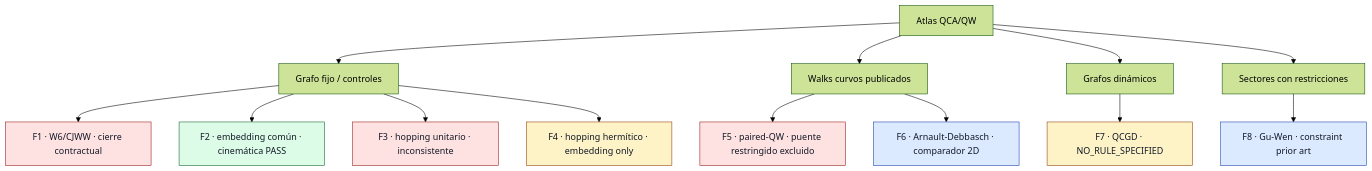
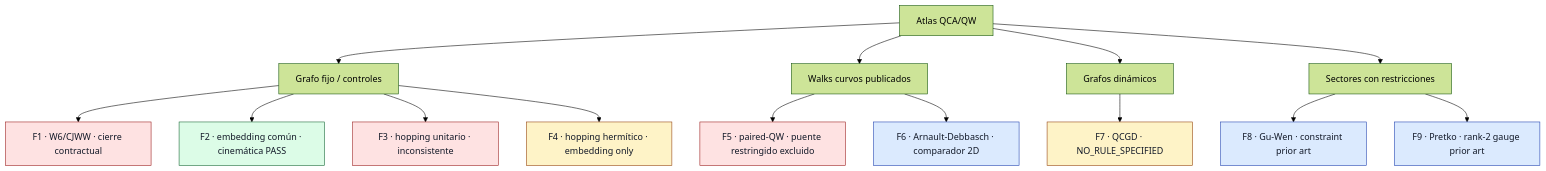
Before and after one commit to nacho09021973/qca-causal-cones: the diagram in docs/family_atlas/FAMILY_BIBLE.md, drawn with Mermaid (forest theme). The commit also changed other lines of this file and 4 other files, not shown here.

Commit message:
Record F9 Pretko tensor gauge family

````diff
--- a/docs/family_atlas/FAMILY_BIBLE.md
+++ b/docs/family_atlas/FAMILY_BIBLE.md
@@ -35,24 +36,25 @@
 ```mermaid
 flowchart TB
   A["Atlas QCA/QW"] --> G["Grafo fijo / controles"]
   A --> P["Walks curvos publicados"]
   A --> D["Grafos dinámicos"]
   A --> C["Sectores con restricciones"]
   G --> F1["F1 · W6/CJWW · cierre contractual"]
   G --> F2["F2 · embedding común · cinemática PASS"]
   G --> F3["F3 · hopping unitario · inconsistente"]
   G --> F4["F4 · hopping hermítico · embedding only"]
   P --> F5["F5 · paired-QW · puente restringido excluido"]
   P --> F6["F6 · Arnault-Debbasch · comparador 2D"]
   D --> F7["F7 · QCGD · NO_RULE_SPECIFIED"]
   C --> F8["F8 · Gu-Wen · constraint prior art"]
+  C --> F9["F9 · Pretko · rank-2 gauge prior art"]
   classDef closed fill:#fee2e2,stroke:#991b1b,color:#111827;
   classDef pending fill:#e5e7eb,stroke:#4b5563,color:#111827;
   classDef bibliography fill:#dbeafe,stroke:#1e40af,color:#111827;
   classDef open fill:#fef3c7,stroke:#92400e,color:#111827;
   classDef pass fill:#dcfce7,stroke:#166534,color:#111827;
   class F1,F3,F5 closed;
   class F2 pass;
   class F4,F7 open;
-  class F6,F8 bibliography;
+  class F6,F8,F9 bibliography;
 ```
````
